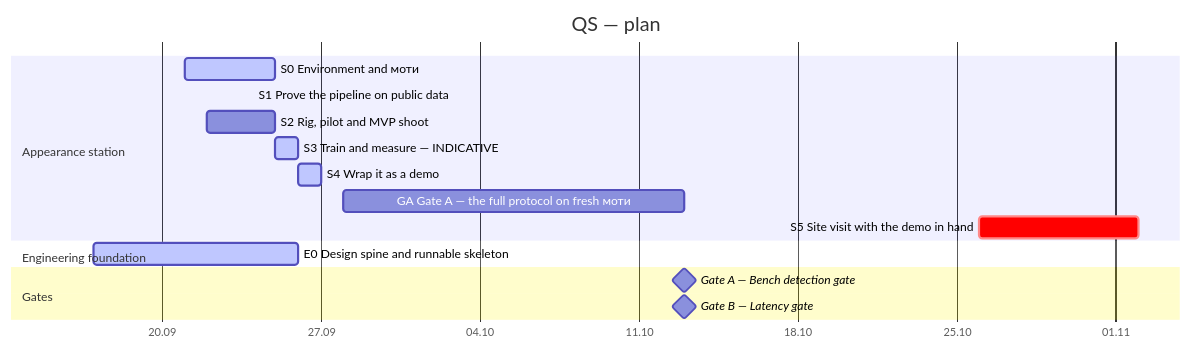
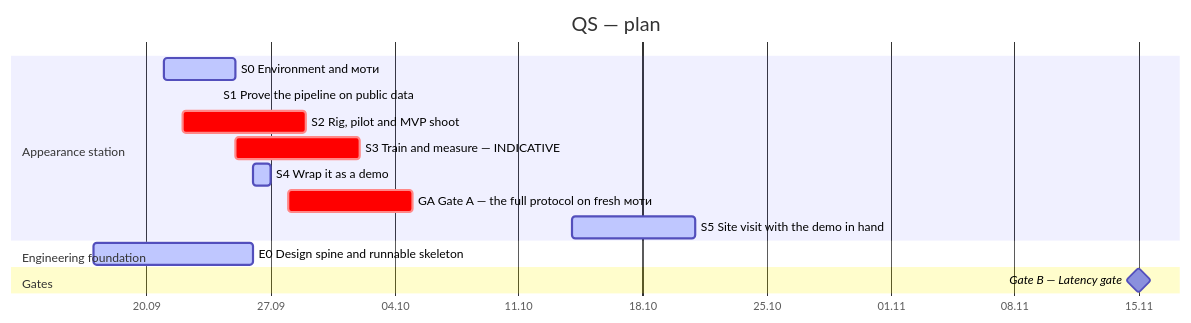
The diagram in docs/diagrams/timeline.mmd (Ali-Jabowr/qs), drawn with Mermaid before and after one commit. The commit also changed 6 other files, not shown here.

First line of the commit message:
Re-plan after the site visit: line work first, gates unblocked

```diff
--- a/docs/diagrams/timeline.mmd
+++ b/docs/diagrams/timeline.mmd
@@ -1,19 +1,18 @@
 %% GENERATED by tools/render.py from project.yml. Do not edit by hand.
 gantt
     title QS — plan
     dateFormat YYYY-MM-DD
     axisFormat %d.%m
     todayMarker stroke-width:2px,stroke:#d33,opacity:0.6
     section Appearance station
     S0 Environment and моти :active, s0, 2026-09-21, 2026-09-25
     S1 Prove the pipeline on public data :active, s1, 2026-09-24, 2026-09-24
-    S2 Rig, pilot and MVP shoot :s2, 2026-09-22, 2026-09-25
-    S3 Train and measure — INDICATIVE :active, s3, 2026-09-25, 2026-09-26
+    S2 Rig, pilot and MVP shoot :crit, s2, 2026-09-22, 7d
+    S3 Train and measure — INDICATIVE :crit, s3, 2026-09-25, 7d
     S4 Wrap it as a demo :active, s4, 2026-09-26, 2026-09-27
-    GA Gate A — the full protocol on fresh моти :ga, 2026-09-28, 2026-10-13
-    S5 Site visit with the demo in hand :crit, s5, 2026-10-26, 7d
+    GA Gate A — the full protocol on fresh моти :crit, ga, 2026-09-28, 7d
+    S5 Site visit with the demo in hand :active, s5, 2026-10-14, 7d
     section Engineering foundation
     E0 Design spine and runnable skeleton :active, e0, 2026-09-17, 2026-09-26
     section Gates
-    Gate A — Bench detection gate :milestone, gatea, 2026-10-13, 0d
-    Gate B — Latency gate :milestone, gateb, 2026-10-13, 0d
+    Gate B — Latency gate :milestone, gateb, 2026-11-15, 0d
```
